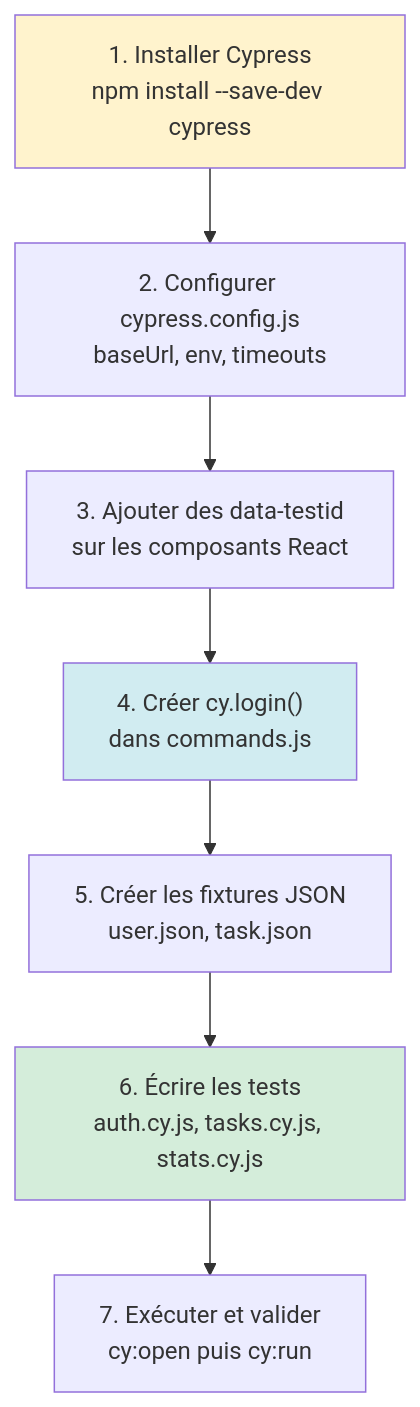
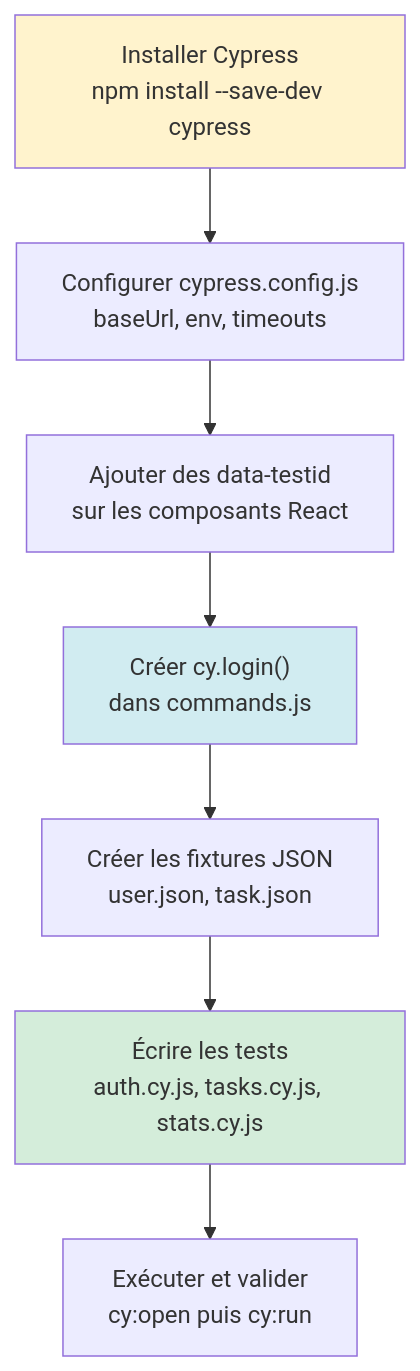
One commit to smaloron/lab-symfony-stack-devops-cda-mut changed the sixth of 6 diagrams in Writerside/topics/Lab-1-Introduction.md. Above: the diagram before and after it, drawn with Mermaid. The commit also changed 20 other files, not shown here.

````diff
--- a/Writerside/topics/Lab-1-Introduction.md
+++ b/Writerside/topics/Lab-1-Introduction.md
@@ -371,14 +371,14 @@
 ```mermaid
 graph TD
-    A["1. Installer Cypress<br>npm install --save-dev cypress"] --> B
-    B["2. Configurer cypress.config.js<br>baseUrl, env, timeouts"] --> C
-    C["3. Ajouter des data-testid<br>sur les composants React"] --> D
-    D["4. Créer cy.login()<br>dans commands.js"] --> E
-    E["5. Créer les fixtures JSON<br>user.json, task.json"] --> F
-    F["6. Écrire les tests<br>auth.cy.js, tasks.cy.js, stats.cy.js"] --> G
-    G["7. Exécuter et valider<br>cy:open puis cy:run"]
+    A["Installer Cypress<br>npm install --save-dev cypress"] --> B
+    B["Configurer cypress.config.js<br>baseUrl, env, timeouts"] --> C
+    C["Ajouter des data-testid<br>sur les composants React"] --> D
+    D["Créer cy.login()<br>dans commands.js"] --> E
+    E["Créer les fixtures JSON<br>user.json, task.json"] --> F
+    F["Écrire les tests<br>auth.cy.js, tasks.cy.js, stats.cy.js"] --> G
+    G["Exécuter et valider<br>cy:open puis cy:run"]
 
     style A fill:#fff3cd
     style D fill:#d1ecf1
     style F fill:#d4edda
 ```
````
